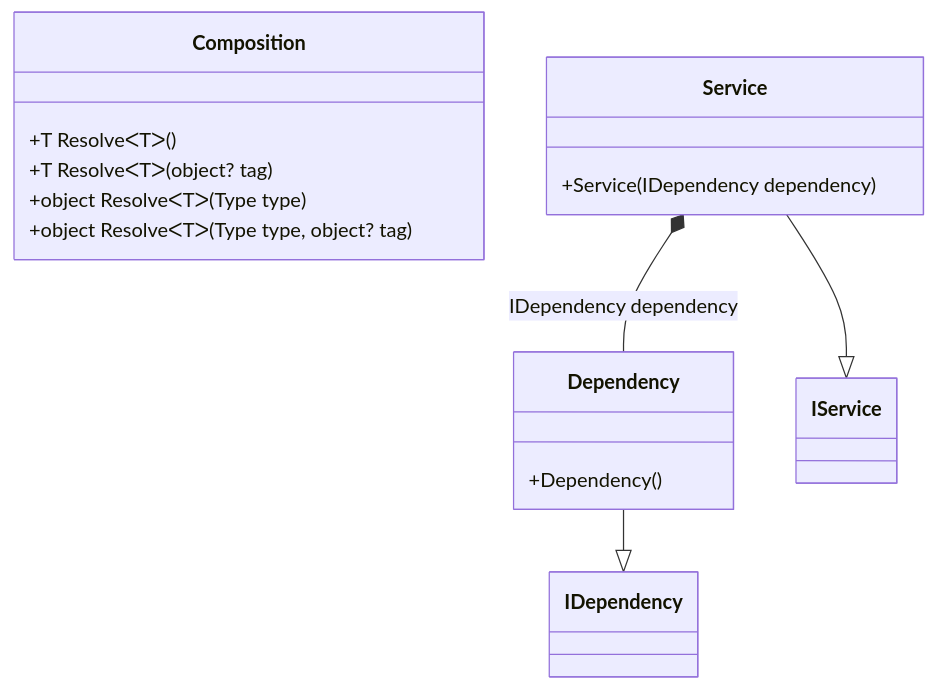
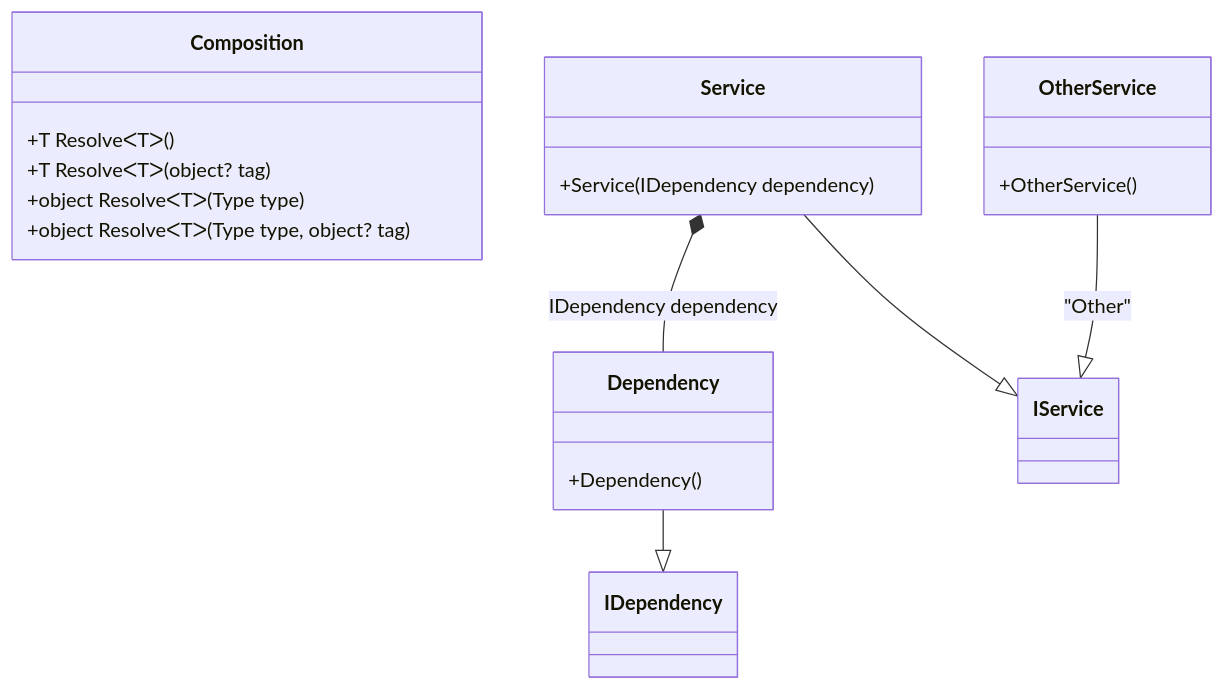
The second of 24 diagrams in readme/Examples.md (DevTeam/Pure.DI), drawn with Mermaid before and after one commit. The commit also changed other lines of this file and 3 other files, not shown here.

````diff
--- a/readme/Examples.md
+++ b/readme/Examples.md
@@ -108,18 +132,22 @@
 ```mermaid
 classDiagram
 class Composition {
 +T ResolveᐸTᐳ()
 +T ResolveᐸTᐳ(object? tag)
 +object ResolveᐸTᐳ(Type type)
 +object ResolveᐸTᐳ(Type type, object? tag)
 }
 Dependency --|> IDependency : 
 class Dependency {
 +Dependency()
 }
 Service --|> IService : 
 class Service {
 +Service(IDependency dependency)
 }
+OtherService --|> IService : "Other" 
+class OtherService {
++OtherService()
+}
 Service *-- Dependency : IDependency dependency
 ```
````
